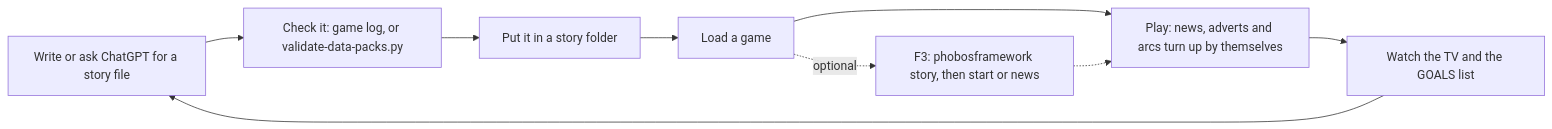
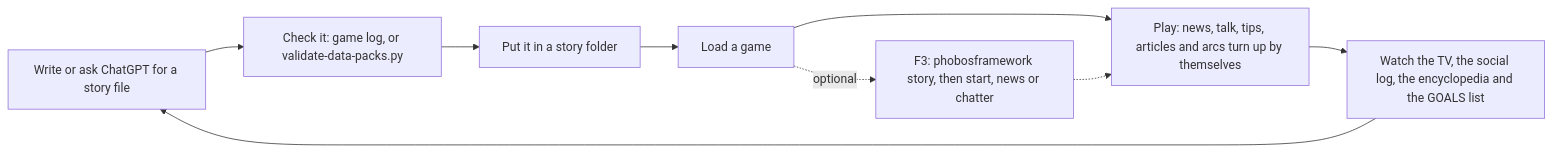
The diagram in docs/writing-story-content.md (phobos-dthorga/phobos-ostranauts), drawn with Mermaid before and after one commit. The commit also changed other lines of this file and 45 other files, not shown here.

First line of the commit message:
Story small talk, tips and encyclopedia: Framework 0.108.0, Agriculture 0.61.0

````diff
--- a/docs/writing-story-content.md
+++ b/docs/writing-story-content.md
@@ -36,11 +44,11 @@
 ```mermaid
 flowchart LR
     Write["Write or ask ChatGPT for a story file"] --> Check["Check it: game log, or validate-data-packs.py"]
     Check --> Place["Put it in a story folder"]
     Place --> Load["Load a game"]
-    Load --> Play["Play: news, adverts and arcs turn up by themselves"]
-    Load -.->|"optional"| Try["F3: phobosframework story, then start or news"]
+    Load --> Play["Play: news, talk, tips, articles and arcs turn up by themselves"]
+    Load -.->|"optional"| Try["F3: phobosframework story, then start, news or chatter"]
     Try -.-> Play
-    Play --> Read["Watch the TV and the GOALS list"]
+    Play --> Read["Watch the TV, the social log, the encyclopedia and the GOALS list"]
     Read --> Write
 ```
````
